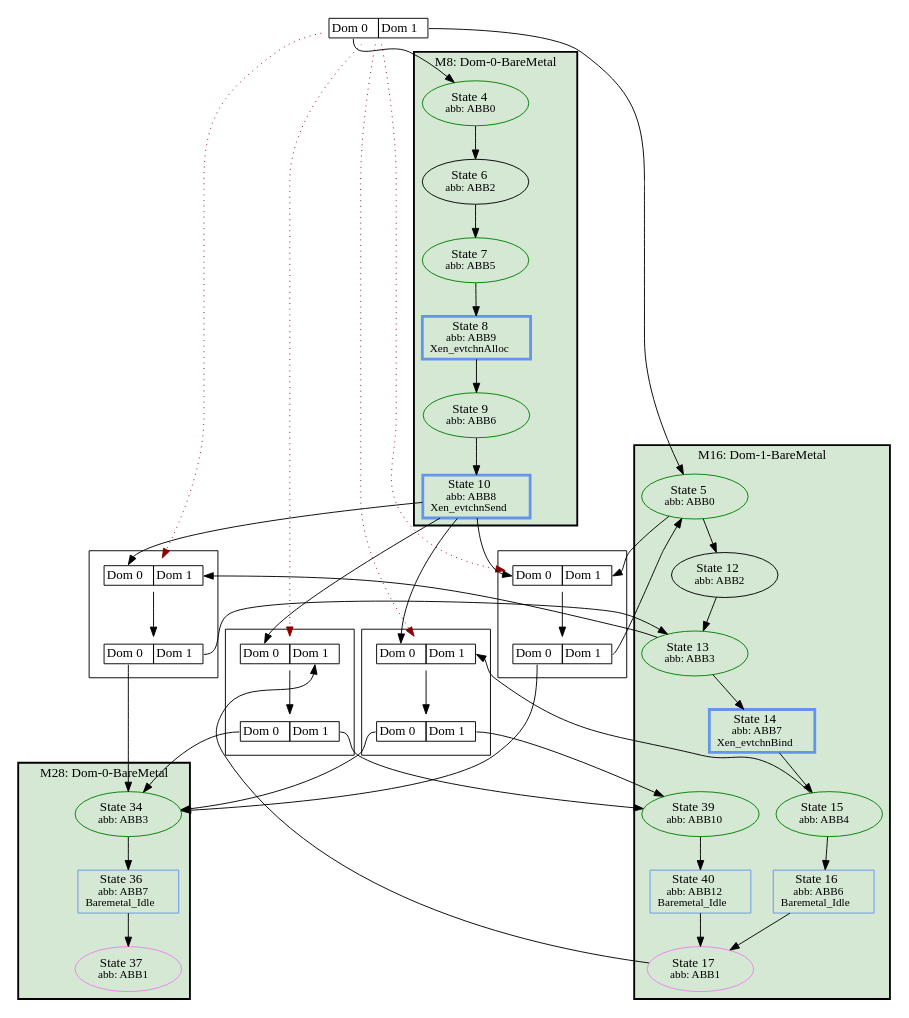
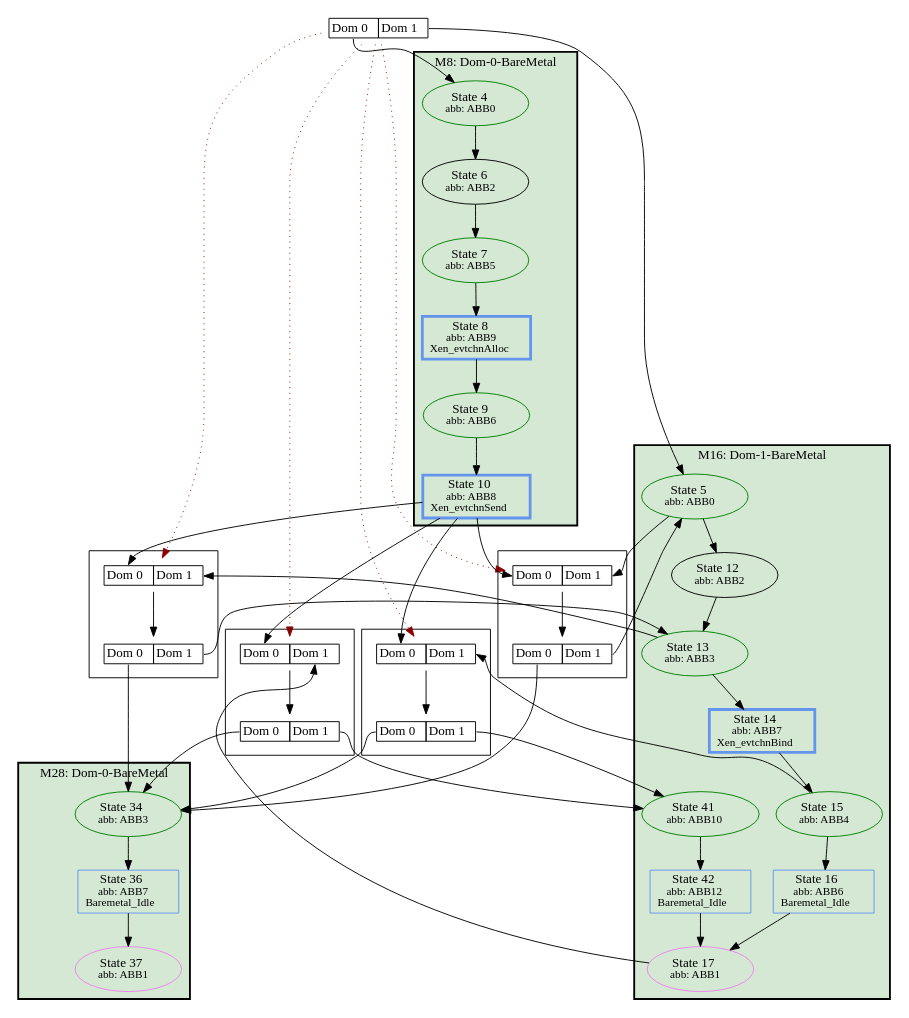
The diagram in appl/Xen/hc-baremetal-notiming/HyperSSE.hc-baremetal-notiming.hstg.dot (luhsra/ara), drawn with Graphviz before and after one commit. The commit also changed 18 other files, not shown here.

```diff
--- a/appl/Xen/hc-baremetal-notiming/HyperSSE.hc-baremetal-notiming.hstg.dot
+++ b/appl/Xen/hc-baremetal-notiming/HyperSSE.hc-baremetal-notiming.hstg.dot
@@ -1,98 +1,98 @@
 digraph G {
 label="";
 1 [label=<<TABLE BORDER="0" CELLBORDER="1" CELLSPACING="0"><TR><TD PORT="c0">Dom 0</TD><TD PORT="c1">Dom 1</TD></TR></TABLE>>, shape=plaintext, tooltip=1];
 subgraph cluster_8 {
 label="M8: Dom-0-BareMetal";
 bgcolor="#D5E8D4";
 style=bold;
 2 [fontsize=14, label=<State 4<br/><font point-size='12'>abb: ABB0</font>>, tooltip=2, style=solid, color=green];
 3 [fontsize=14, label=<State 6<br/><font point-size='12'>abb: ABB2</font>>, tooltip=3];
 4 [fontsize=14, label=<State 7<br/><font point-size='12'>abb: ABB5</font>>, tooltip=4, style=solid, color=green];
 5 [fontsize=14, label=<State 8<br/><font point-size='12'>abb: ABB9<br/>Xen_evtchnAlloc</font>>, tooltip=5, color=cornflowerblue, shape=box, penwidth=3];
 6 [fontsize=14, label=<State 9<br/><font point-size='12'>abb: ABB6</font>>, tooltip=6, style=solid, color=green];
 7 [fontsize=14, label=<State 10<br/><font point-size='12'>abb: ABB8<br/>Xen_evtchnSend</font>>, tooltip=7, color=cornflowerblue, shape=box, penwidth=3];
 }
 subgraph cluster_16 {
 label="M16: Dom-1-BareMetal";
 bgcolor="#D5E8D4";
 style=bold;
 9 [fontsize=14, label=<State 5<br/><font point-size='12'>abb: ABB0</font>>, tooltip=9, style=solid, color=green];
 10 [fontsize=14, label=<State 12<br/><font point-size='12'>abb: ABB2</font>>, tooltip=10];
 11 [fontsize=14, label=<State 13<br/><font point-size='12'>abb: ABB3</font>>, tooltip=11, style=solid, color=green];
 12 [fontsize=14, label=<State 14<br/><font point-size='12'>abb: ABB7<br/>Xen_evtchnBind</font>>, tooltip=12, color=cornflowerblue, shape=box, penwidth=3];
 13 [fontsize=14, label=<State 15<br/><font point-size='12'>abb: ABB4</font>>, tooltip=13, style=solid, color=green];
 14 [fontsize=14, label=<State 16<br/><font point-size='12'>abb: ABB6<br/>Baremetal_Idle</font>>, tooltip=14, color=cornflowerblue, shape=box];
 15 [fontsize=14, label=<State 17<br/><font point-size='12'>abb: ABB1</font>>, tooltip=15, style=solid, color=violet];
-29 [fontsize=14, label=<State 39<br/><font point-size='12'>abb: ABB10</font>>, tooltip=29, style=solid, color=green];
-30 [fontsize=14, label=<State 40<br/><font point-size='12'>abb: ABB12<br/>Baremetal_Idle</font>>, tooltip=30, color=cornflowerblue, shape=box];
+29 [fontsize=14, label=<State 41<br/><font point-size='12'>abb: ABB10</font>>, tooltip=29, style=solid, color=green];
+30 [fontsize=14, label=<State 42<br/><font point-size='12'>abb: ABB12<br/>Baremetal_Idle</font>>, tooltip=30, color=cornflowerblue, shape=box];
 }
 subgraph cluster_28 {
 label="M28: Dom-0-BareMetal";
 bgcolor="#D5E8D4";
 style=bold;
 25 [fontsize=14, label=<State 34<br/><font point-size='12'>abb: ABB3</font>>, tooltip=25, style=solid, color=green];
 26 [fontsize=14, label=<State 36<br/><font point-size='12'>abb: ABB7<br/>Baremetal_Idle</font>>, tooltip=26, color=cornflowerblue, shape=box];
 27 [fontsize=14, label=<State 37<br/><font point-size='12'>abb: ABB1</font>>, tooltip=27, style=solid, color=violet];
 }
 subgraph cluster_Metasync17 {
 label="";
 17 [label=<<TABLE BORDER="0" CELLBORDER="1" CELLSPACING="0"><TR><TD PORT="c0">Dom 0</TD><TD PORT="c1">Dom 1</TD></TR></TABLE>>, shape=plaintext, tooltip=17];
 18 [label=<<TABLE BORDER="0" CELLBORDER="1" CELLSPACING="0"><TR><TD PORT="c0">Dom 0</TD><TD PORT="c1">Dom 1</TD></TR></TABLE>>, shape=plaintext, tooltip=18];
 }
 subgraph cluster_Metasync19 {
 label="";
 19 [label=<<TABLE BORDER="0" CELLBORDER="1" CELLSPACING="0"><TR><TD PORT="c0">Dom 0</TD><TD PORT="c1">Dom 1</TD></TR></TABLE>>, shape=plaintext, tooltip=19];
 20 [label=<<TABLE BORDER="0" CELLBORDER="1" CELLSPACING="0"><TR><TD PORT="c0">Dom 0</TD><TD PORT="c1">Dom 1</TD></TR></TABLE>>, shape=plaintext, tooltip=20];
 }
 subgraph cluster_Metasync21 {
 label="";
 21 [label=<<TABLE BORDER="0" CELLBORDER="1" CELLSPACING="0"><TR><TD PORT="c0">Dom 0</TD><TD PORT="c1">Dom 1</TD></TR></TABLE>>, shape=plaintext, tooltip=21];
 22 [label=<<TABLE BORDER="0" CELLBORDER="1" CELLSPACING="0"><TR><TD PORT="c0">Dom 0</TD><TD PORT="c1">Dom 1</TD></TR></TABLE>>, shape=plaintext, tooltip=22];
 }
 subgraph cluster_Metasync23 {
 label="";
 23 [label=<<TABLE BORDER="0" CELLBORDER="1" CELLSPACING="0"><TR><TD PORT="c0">Dom 0</TD><TD PORT="c1">Dom 1</TD></TR></TABLE>>, shape=plaintext, tooltip=23];
 24 [label=<<TABLE BORDER="0" CELLBORDER="1" CELLSPACING="0"><TR><TD PORT="c0">Dom 0</TD><TD PORT="c1">Dom 1</TD></TR></TABLE>>, shape=plaintext, tooltip=24];
 }
 1:c0 -> 2 [color=black];
 1:c1 -> 9 [color=black];
 1 -> 17 [color=darkred, style=dotted];
 1 -> 19 [color=darkred, style=dotted];
 1 -> 21 [color=darkred, style=dotted];
 1 -> 23 [color=darkred, style=dotted];
 2 -> 3 [color=black];
 3 -> 4 [color=black];
 4 -> 5 [color=black];
 5 -> 6 [color=black];
 6 -> 7 [color=black];
 7 -> 17:c0 [color=black];
 7 -> 19:c0 [color=black];
 7 -> 21:c0 [color=black];
 7 -> 23:c0 [color=black];
 9 -> 10 [color=black];
-9 -> 21:c1 [color=black];
+9 -> 17:c1 [color=black];
 10 -> 11 [color=black];
 11 -> 12 [color=black];
-11 -> 17:c1 [color=black];
+11 -> 19:c1 [color=black];
 12 -> 13 [color=black];
 13 -> 14 [color=black];
-13 -> 19:c1 [color=black];
+13 -> 21:c1 [color=black];
 14 -> 15 [color=black];
 15 -> 23:c1 [color=black];
 17 -> 18 [color=black];
 18:c0 -> 25 [color=black];
-18:c1 -> 11 [color=black];
+18:c1 -> 9 [color=black];
 19 -> 20 [color=black];
 20:c0 -> 25 [color=black];
-20:c1 -> 29 [color=black];
+20:c1 -> 11 [color=black];
 21 -> 22 [color=black];
 22:c0 -> 25 [color=black];
-22:c1 -> 9 [color=black];
+22:c1 -> 29 [color=black];
 23 -> 24 [color=black];
 24:c0 -> 25 [color=black];
 24:c1 -> 29 [color=black];
 25 -> 26 [color=black];
 26 -> 27 [color=black];
 29 -> 30 [color=black];
 30 -> 15 [color=black];
 }
```
